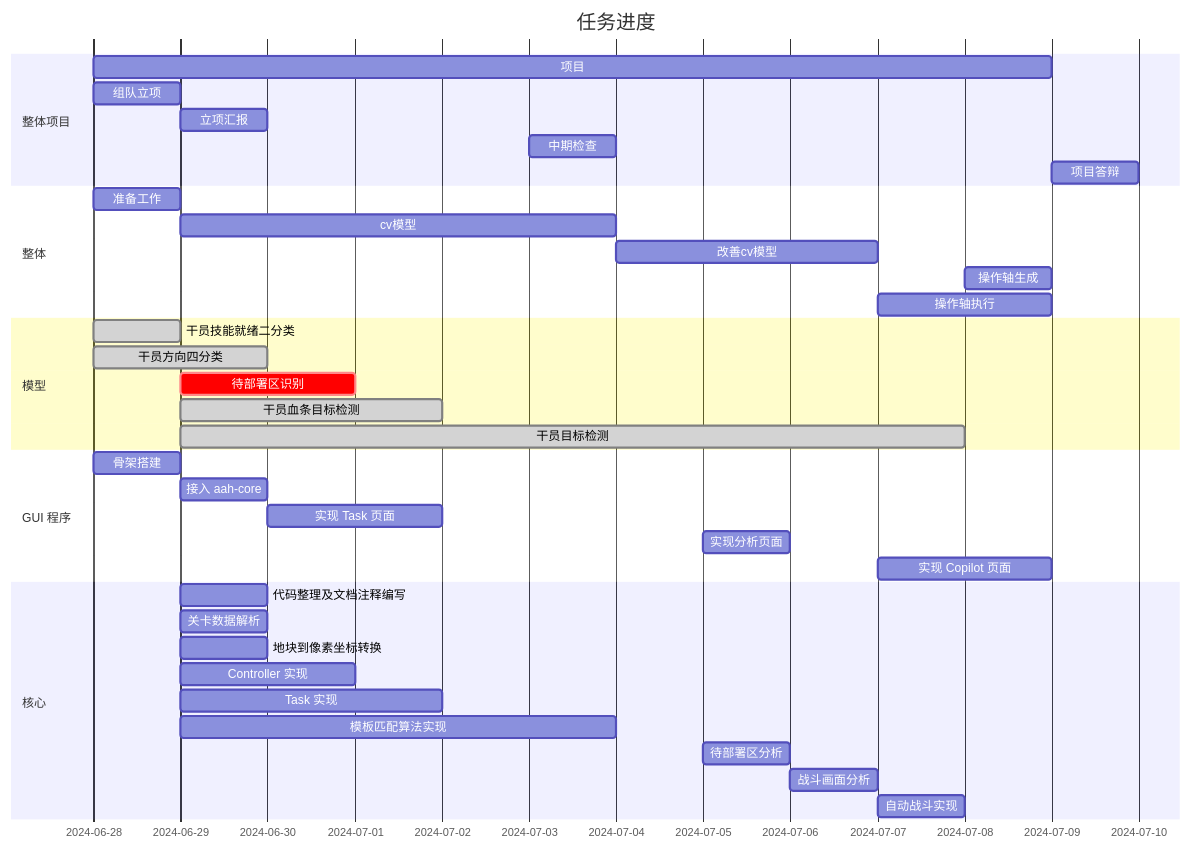
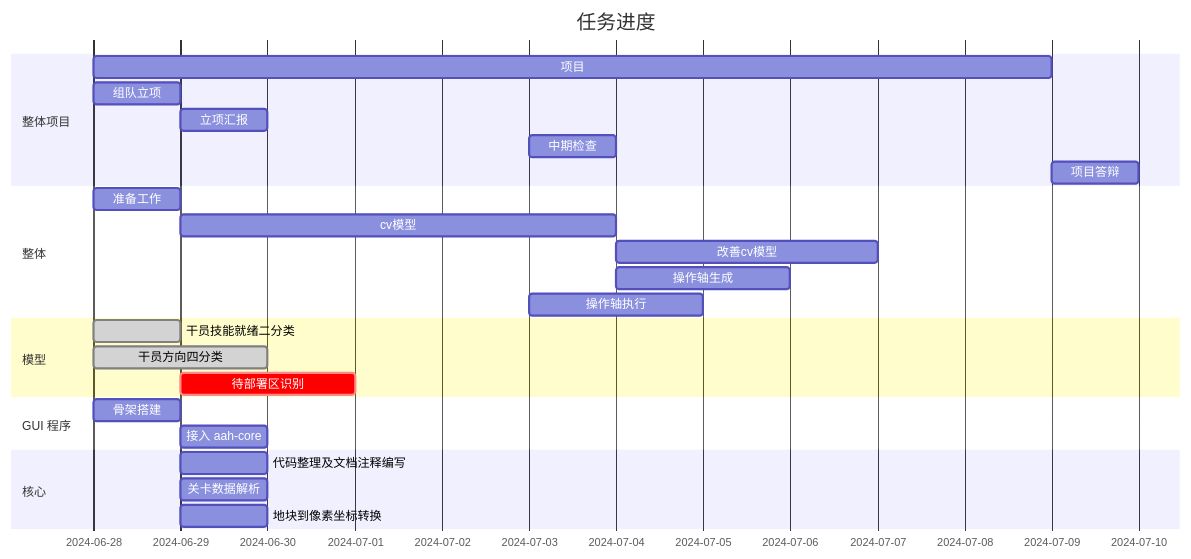
Before and after one commit to AzurIce/aah-gui: the first of 3 diagrams in doc/小学期_edited_by_TBW.md, drawn with Mermaid. The commit also changed other lines of this file, not shown here.

````diff
--- a/doc/小学期_edited_by_TBW.md
+++ b/doc/小学期_edited_by_TBW.md
@@ -1,39 +1,28 @@
 ```mermaid
 gantt
     title 任务进度
     dateFormat  YYYY-MM-DD
     section 整体项目
     项目											  :2024-06-28, 2024-07-09
     组队立项           								 :a1, 2024-06-28, 1d
     立项汇报           								 :a2, 2024-06-29, 1d
     中期检查                                         :a3, 2024-07-03, 1d
     项目答辩           								 :a4, 2024-07-09, 1d
     section 整体
     准备工作   :prepare, 2024-06-28, 1d
     cv模型    :cv, after prepare, 5d
     改善cv模型 :cvp, after cv, 3d
-    操作轴生成 :2024-07-08, 1d
-    操作轴执行 :2024-07-07, 2d
+    操作轴生成 :after cv, 2d
+    操作轴执行 :2024-07-03, 2d
     section 模型
     干员技能就绪二分类 :done, 2024-06-28, 1d
     干员方向四分类    :done, 2024-06-28, 2d
     待部署区识别      :crit, 2024-06-29, 2d
-    干员血条目标检测    :done, 2024-06-29, 3d
-    干员目标检测    :done, 2024-06-29, 9d
     section GUI 程序
-    骨架搭建          :2024-06-28, 1d
-    接入 aah-core    :2024-06-29, 1d
-    实现 Task 页面   :2024-06-30, 2d
-    实现分析页面       :2024-07-05, 1d
-    实现 Copilot 页面 :2024-07-07, 2d
+    骨架搭建      :2024-06-28, 1d
+    接入 aah-core :2024-06-29, 1d
     section 核心
     代码整理及文档注释编写 :2024-06-29, 1d
     关卡数据解析         :2024-06-29, 1d
     地块到像素坐标转换    :2024-06-29, 1d
-    Controller 实现 :2024-06-29, 2d
-    Task 实现 :2024-06-29, 3d
-    模板匹配算法实现 :2024-06-29, 5d
-    待部署区分析 :2024-07-05, 1d
-    战斗画面分析 :2024-07-06, 1d
-    自动战斗实现 :2024-07-07, 1d
 ```
````
